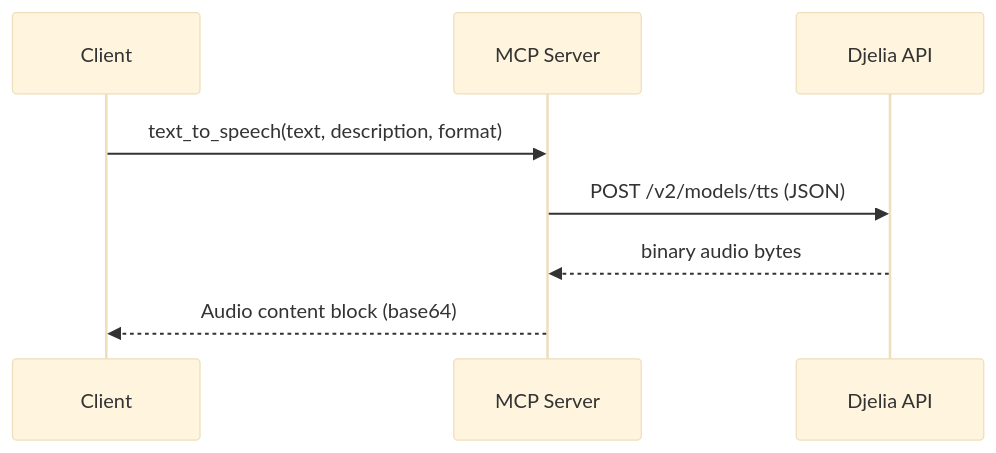
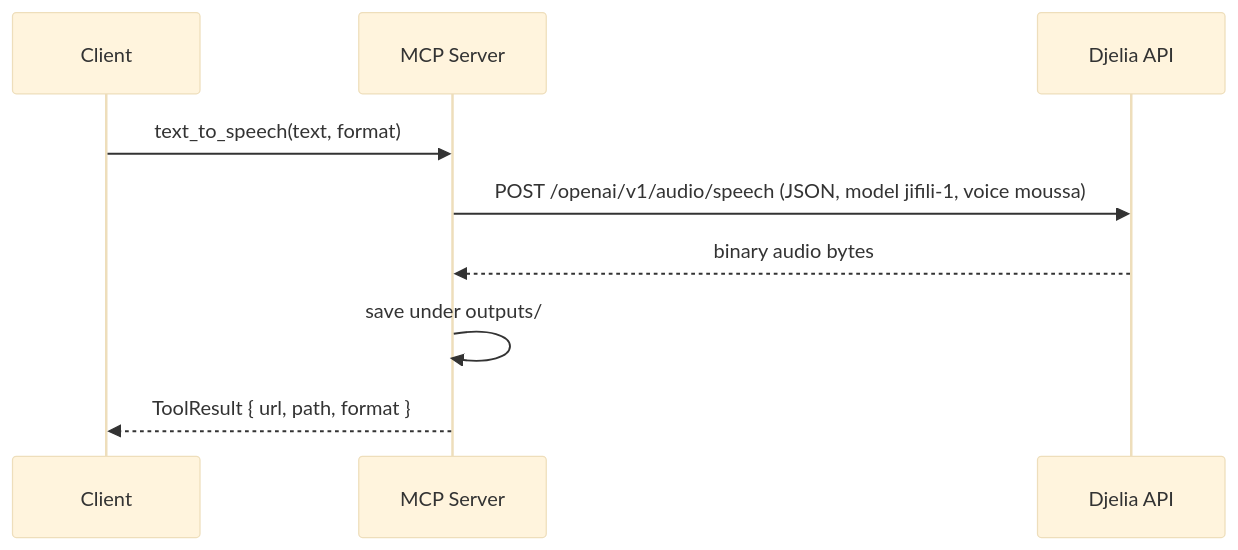
The fifth of 6 diagrams in README.md (djelia-org/djelia-mcp-server), drawn with Mermaid (base theme) before and after one commit. The commit also changed other lines of this file and 4 other files, not shown here.

````diff
--- a/README.md
+++ b/README.md
@@ -127,10 +132,11 @@
 ```mermaid
 sequenceDiagram
     participant C as Client
     participant S as MCP Server
     participant D as Djelia API
-    C->>S: text_to_speech(text, description, format)
-    S->>D: POST /v2/models/tts (JSON)
+    C->>S: text_to_speech(text, format)
+    S->>D: POST /openai/v1/audio/speech (JSON, model jifili-1, voice moussa)
     D-->>S: binary audio bytes
-    S-->>C: Audio content block (base64)
+    S->>S: save under outputs/
+    S-->>C: ToolResult { url, path, format }
 ```
````
